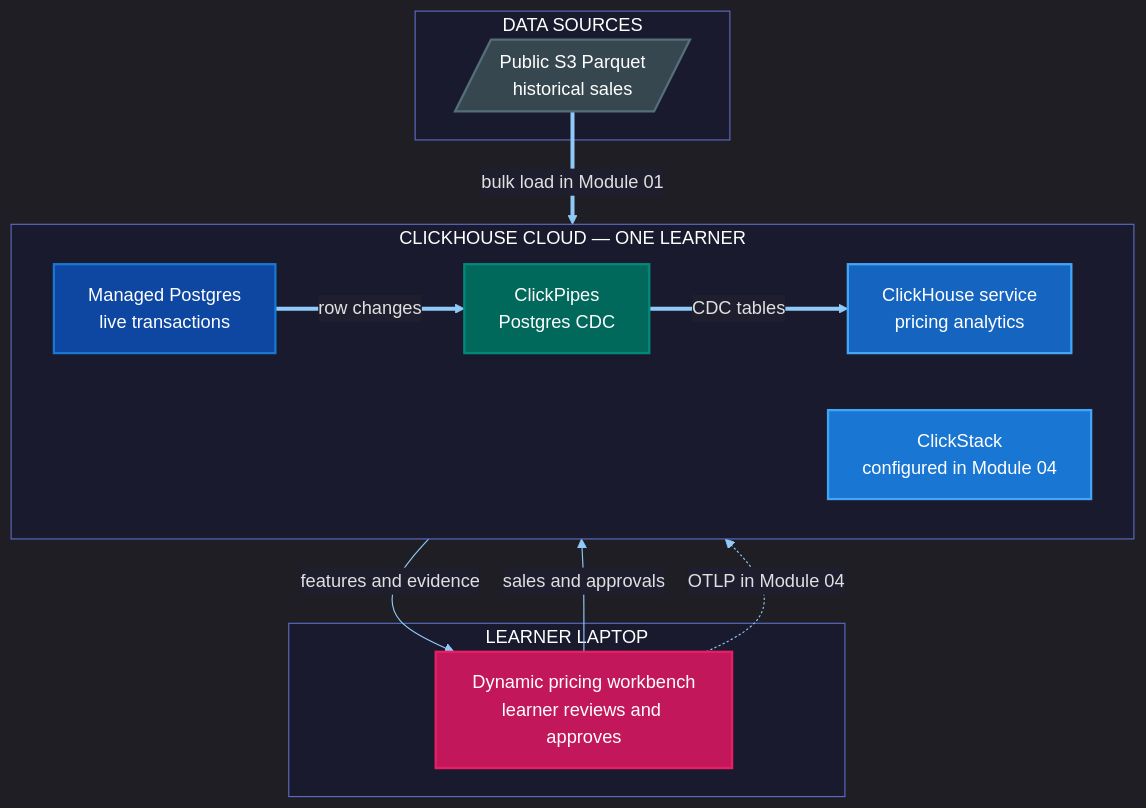
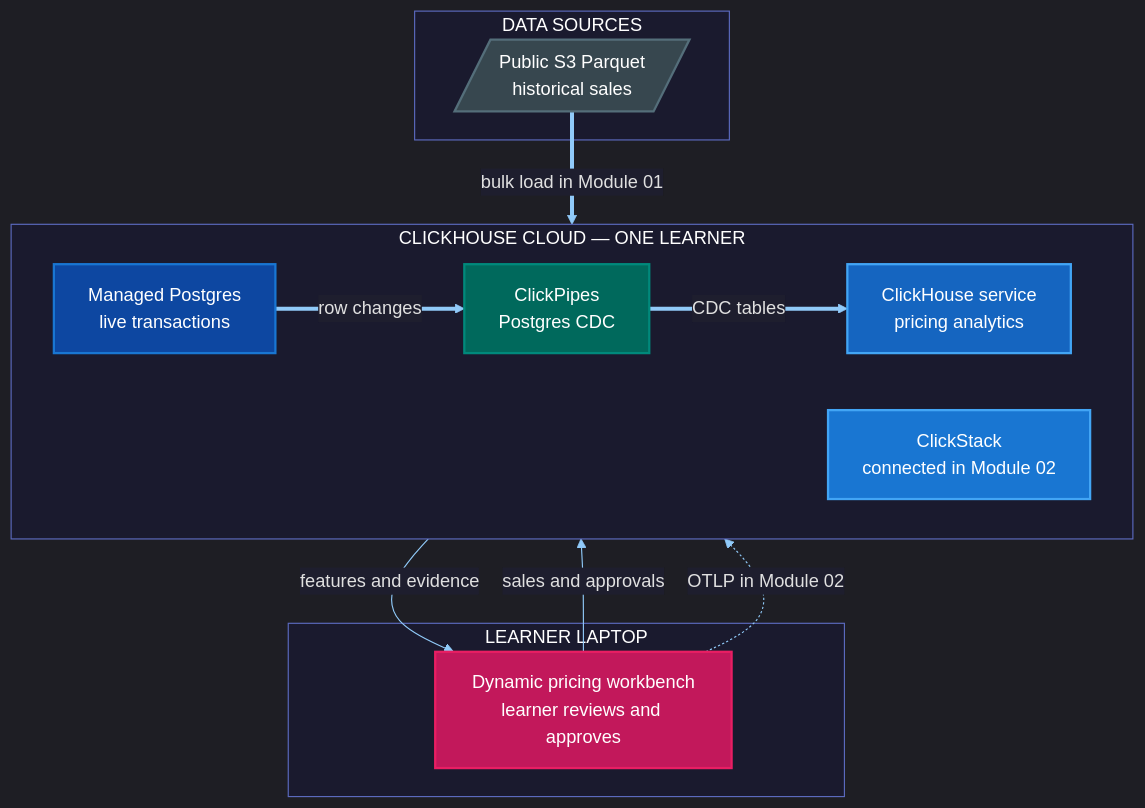
One commit to ClickHouse/ClickHouse_Demos changed the diagram in workshops/dynamic_pricing/docs/diagrams/cloud-architecture.mermaid. Above: the diagram before and after it, drawn with Mermaid. The commit also changed 4 other files, not shown here.

Commit message:
Connect ClickStack to the pricing evidence flow

```diff
--- a/workshops/dynamic_pricing/docs/diagrams/cloud-architecture.mermaid
+++ b/workshops/dynamic_pricing/docs/diagrams/cloud-architecture.mermaid
@@ -1,56 +1,56 @@
 %%{init: {
   'theme': 'dark',
   'themeVariables': {
     'primaryColor':      '#1565C0',
     'primaryTextColor':  '#FFFFFF',
     'primaryBorderColor':'#42A5F5',
     'secondaryColor':    '#00897B',
     'tertiaryColor':     '#222233',
     'lineColor':         '#90CAF9',
     'textColor':         '#E0E0E0',
     'mainBkg':           '#1E1E2E',
     'nodeBorder':        '#42A5F5',
     'clusterBkg':        '#1A1A2E',
     'clusterBorder':     '#5C6BC0',
     'titleColor':        '#FFFFFF',
     'edgeLabelBackground':'#1E1E2E'
   }
 }}%%
 flowchart TB
     classDef query       fill:#C2185B,color:#FFF,stroke:#E91E63,stroke-width:2px
     classDef executor    fill:#00897B,color:#FFF,stroke:#26A69A,stroke-width:2px
     classDef storage     fill:#0D47A1,color:#FFF,stroke:#1976D2,stroke-width:2px
     classDef replica     fill:#1565C0,color:#FFF,stroke:#42A5F5,stroke-width:2px
     classDef special     fill:#1976D2,color:#FFF,stroke:#42A5F5,stroke-width:2px
     classDef integration fill:#00695C,color:#FFF,stroke:#00897B,stroke-width:2px
     classDef external    fill:#37474F,color:#FFF,stroke:#546E7A,stroke-width:2px
     classDef accent      fill:#F5FF50,color:#111,stroke:#C6CC41,stroke-width:2px
     classDef success     fill:#2E7D32,color:#FFF,stroke:#43A047,stroke-width:2px
     classDef warn        fill:#E65100,color:#FFF,stroke:#FF8F00,stroke-width:2px
     classDef danger      fill:#B71C1C,color:#FFF,stroke:#E53935,stroke-width:2px
     classDef neutral     fill:#455A64,color:#FFF,stroke:#607D8B,stroke-width:2px
     classDef decision    fill:#FF8F00,color:#FFF,stroke:#FFB300,stroke-width:2px
     classDef info        fill:#283593,color:#FFF,stroke:#5C6BC0,stroke-width:2px
 
     subgraph LAPTOP ["LEARNER LAPTOP"]
         APP["Dynamic pricing workbench<br/>learner reviews and approves"]:::query
     end
 
     subgraph SOURCES ["DATA SOURCES"]
         S3[/"Public S3 Parquet<br/>historical sales"/]:::external
     end
 
     subgraph CLOUD ["CLICKHOUSE CLOUD — ONE LEARNER"]
         direction LR
         PG["Managed Postgres<br/>live transactions"]:::storage
         PIPE["ClickPipes<br/>Postgres CDC"]:::integration
         CH["ClickHouse service<br/>pricing analytics"]:::replica
-        STACK["ClickStack<br/>configured in Module 04"]:::special
+        STACK["ClickStack<br/>connected in Module 02"]:::special
     end
 
     APP -->|"sales and approvals"| PG
     PG ==>|"row changes"| PIPE
     PIPE ==>|"CDC tables"| CH
     S3 ==>|"bulk load in Module 01"| CH
     CH -->|"features and evidence"| APP
-    APP -.->|"OTLP in Module 04"| STACK
+    APP -.->|"OTLP in Module 02"| STACK
```
